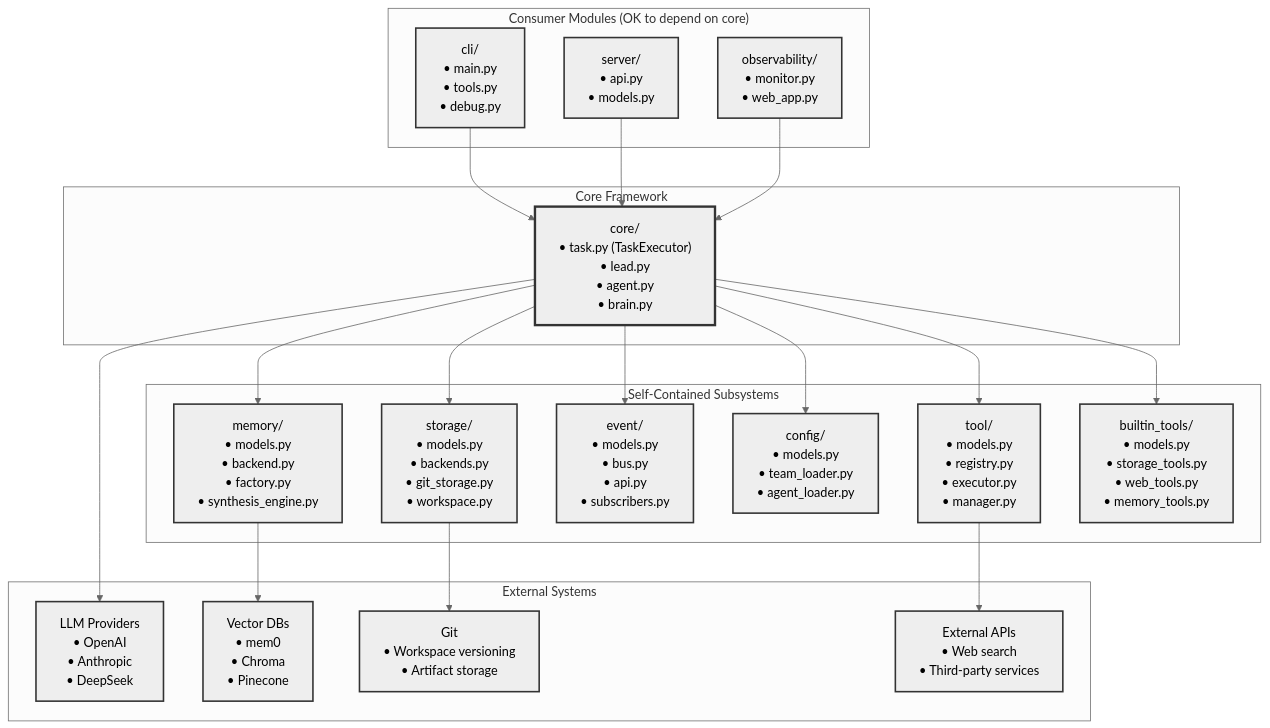
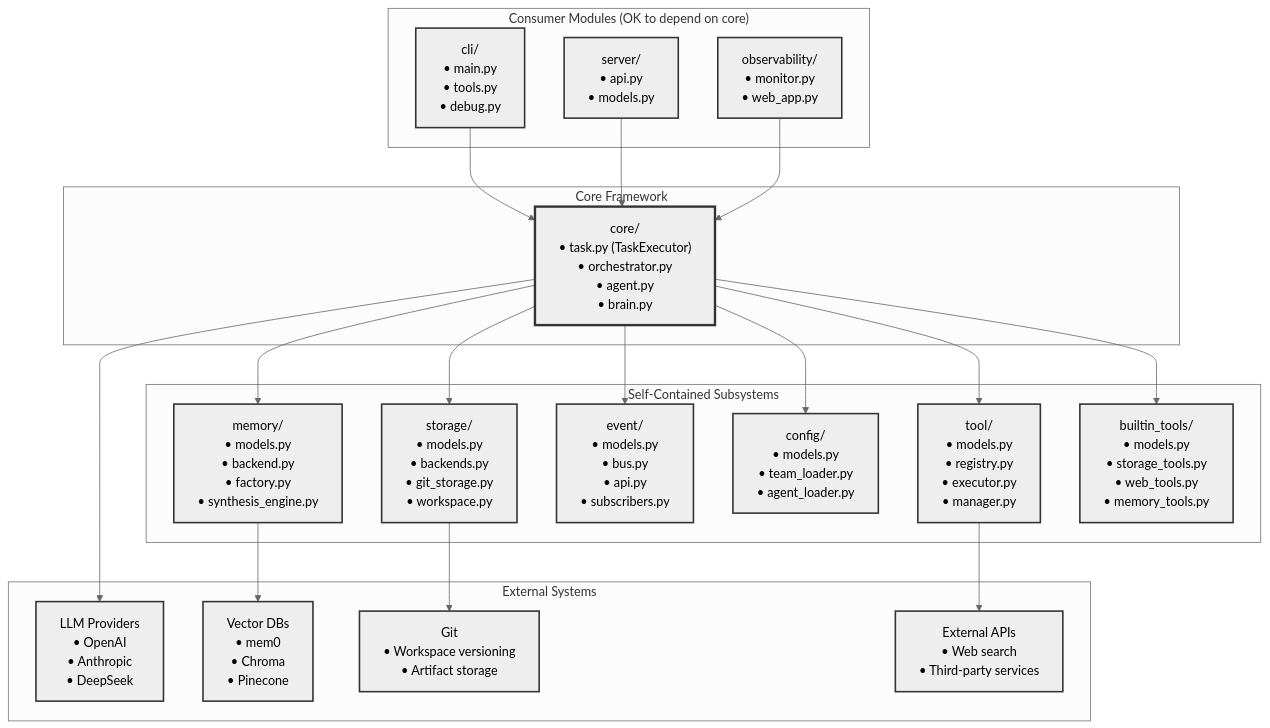
The second of 5 diagrams in docs/content/docs/design/overview.mdx (dustland/agentx), drawn with Mermaid (neutral theme) before and after one commit. The commit also changed other lines of this file and 20 other files, not shown here.

First line of the commit message:
refactor: rename Lead to Orchestrator and update related documentation

````diff
--- a/docs/content/docs/design/overview.mdx
+++ b/docs/content/docs/design/overview.mdx
@@ -83,58 +83,58 @@
 ```mermaid
 graph TD
     subgraph "Consumer Modules (OK to depend on core)"
         CLI["cli/<br/>• main.py<br/>• tools.py<br/>• debug.py"]
         API["server/<br/>• api.py<br/>• models.py"]
         OBS["observability/<br/>• monitor.py<br/>• web_app.py"]
     end
 
     subgraph "Core Framework"
-        TE["core/<br/>• task.py (TaskExecutor)<br/>• lead.py<br/>• agent.py<br/>• brain.py"]
+        TE["core/<br/>• task.py (TaskExecutor)<br/>• orchestrator.py<br/>• agent.py<br/>• brain.py"]
     end
 
     subgraph "Self-Contained Subsystems"
         TOOL["tool/<br/>• models.py<br/>• registry.py<br/>• executor.py<br/>• manager.py"]
         MEM["memory/<br/>• models.py<br/>• backend.py<br/>• factory.py<br/>• synthesis_engine.py"]
         EVENT["event/<br/>• models.py<br/>• bus.py<br/>• api.py<br/>• subscribers.py"]
         CONFIG["config/<br/>• models.py<br/>• team_loader.py<br/>• agent_loader.py"]
         STORAGE["storage/<br/>• models.py<br/>• backends.py<br/>• git_storage.py<br/>• workspace.py"]
         BUILTIN["builtin_tools/<br/>• models.py<br/>• storage_tools.py<br/>• web_tools.py<br/>• memory_tools.py"]
     end
 
     subgraph "External Systems"
         LLM["LLM Providers<br/>• OpenAI<br/>• Anthropic<br/>• DeepSeek"]
         VDB["Vector DBs<br/>• mem0<br/>• Chroma<br/>• Pinecone"]
         GIT["Git<br/>• Workspace versioning<br/>• Artifact storage"]
         EXT_API["External APIs<br/>• Web search<br/>• Third-party services"]
     end
 
     %% Consumer modules depend on core (single direction)
     CLI --> TE
     API --> TE
     OBS --> TE
 
     %% Core imports FROM subsystems (dependency inversion)
     TE --> TOOL
     TE --> MEM
     TE --> EVENT
     TE --> CONFIG
     TE --> STORAGE
     TE --> BUILTIN
 
     %% External system connections
     TE --> LLM
     MEM --> VDB
     STORAGE --> GIT
     TOOL --> EXT_API
 
     %% Styling
     classDef consumer stroke:#333,stroke-width:2px
     classDef core stroke:#333,stroke-width:3px
     classDef subsystem stroke:#333,stroke-width:2px
     classDef external stroke:#333,stroke-width:2px
 
     class CLI,API,OBS consumer
     class TE core
     class TOOL,MEM,EVENT,CONFIG,STORAGE,BUILTIN subsystem
     class LLM,VDB,GIT,EXT_API external
 ```
````
